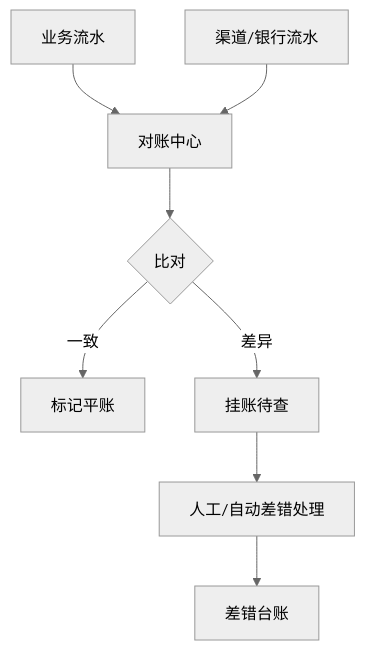
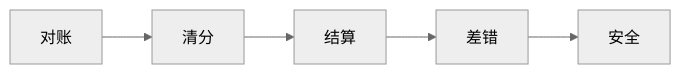
One commit to tghrxxxyyy/knowledge-base changed the diagram in 场景设计/对账与清结算系统设计实战.md. Above: the diagram before and after it, drawn with Mermaid (neutral theme). The commit also changed other lines of this file and 259 other files, not shown here.

````diff
--- a/场景设计/对账与清结算系统设计实战.md
+++ b/场景设计/对账与清结算系统设计实战.md
@@ -7,10 +19,9 @@
 ```mermaid
-flowchart TD
-    A[业务流水] --> C[对账中心]
-    B[渠道/银行流水] --> C
-    C --> D{比对}
-    D -->|一致| E[标记平账]
-    D -->|差异| F[挂账待查]
-    F --> G[人工/自动差错处理]
-    G --> H[差错台账]
+flowchart LR
+    A[对账]
+    B[清分]
+    C[结算]
+    D[差错]
+    E[安全]
+    A --> B --> C --> D --> E
 ```
````
